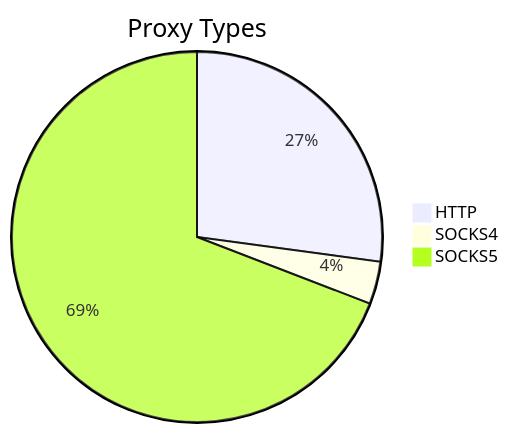
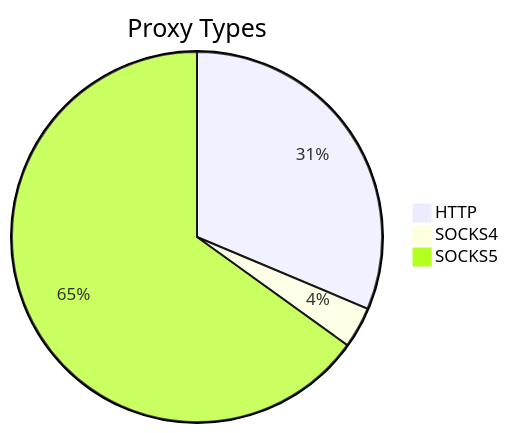
Before and after one commit to stormsia/proxy-list: the first of 2 diagrams in README.md, drawn with Mermaid. The commit also changed other lines of this file, not shown here.

````diff
--- a/README.md
+++ b/README.md
@@ -21,6 +21,6 @@
 ```mermaid
 pie title Proxy Types
-    "HTTP" : 197
-    "SOCKS4" : 27
-    "SOCKS5" : 502
+    "HTTP" : 183
+    "SOCKS4" : 21
+    "SOCKS5" : 380
 ```
````
